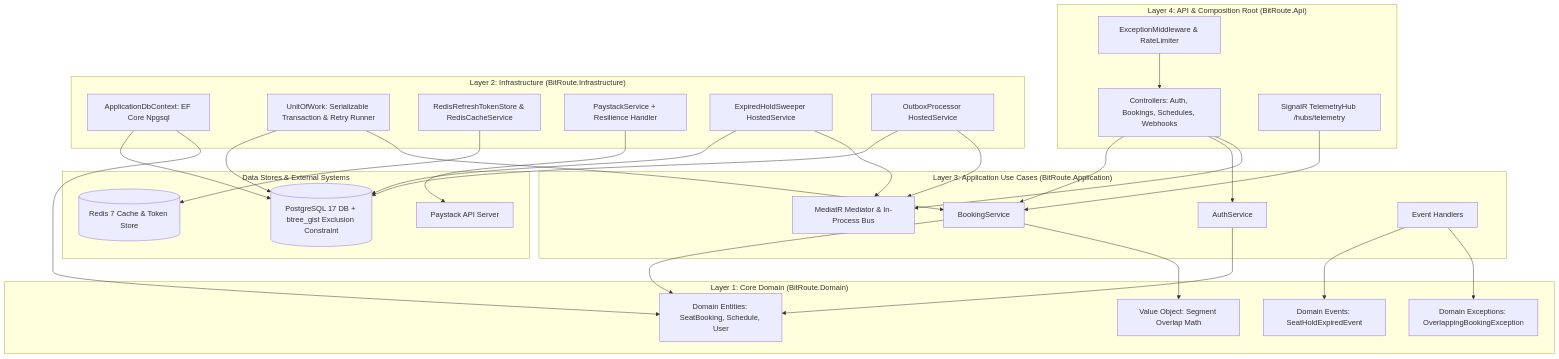
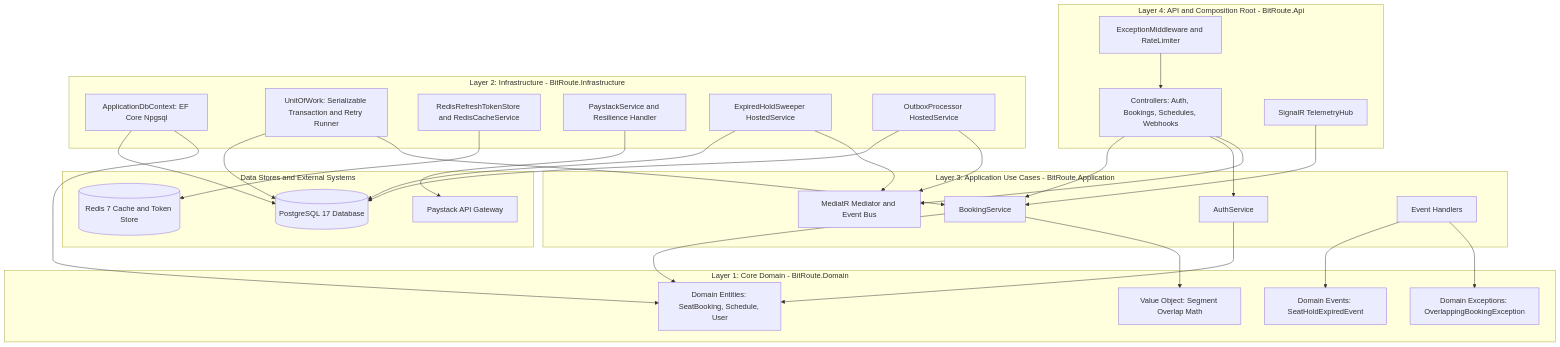
One commit to oluwadamme/BitRoute changed the first of 7 diagrams in docs/07-backend-architecture-and-clean-design-patterns.md. Above: the diagram before and after it, drawn with Mermaid. The commit also changed 1 other file, not shown here.

Commit message:
fix(docs): clean up Mermaid flowchart syntax across all docs for universal renderer compatibility

````diff
--- a/docs/07-backend-architecture-and-clean-design-patterns.md
+++ b/docs/07-backend-architecture-and-clean-design-patterns.md
@@ -25,61 +25,61 @@
 ```mermaid
 flowchart TD
-    subgraph Layer4["Layer 4: API & Composition Root (BitRoute.Api)"]
-        CTRL["Controllers: Auth, Bookings, Schedules, Webhooks"]
-        HUB["SignalR TelemetryHub /hubs/telemetry"]
-        MID["ExceptionMiddleware & RateLimiter"]
+    subgraph ApiLayer[Layer 4: API and Composition Root - BitRoute.Api]
+        CTRL[Controllers: Auth, Bookings, Schedules, Webhooks]
+        HUB[SignalR TelemetryHub]
+        MID[ExceptionMiddleware and RateLimiter]
     end
 
-    subgraph Layer3["Layer 3: Application Use Cases (BitRoute.Application)"]
-        MED["MediatR Mediator & In-Process Bus"]
-        BS["BookingService"]
-        AS["AuthService"]
-        HANDLERS["Event Handlers"]
+    subgraph AppLayer[Layer 3: Application Use Cases - BitRoute.Application]
+        MED[MediatR Mediator and Event Bus]
+        BS[BookingService]
+        AS[AuthService]
+        HANDLERS[Event Handlers]
     end
 
-    subgraph Layer1["Layer 1: Core Domain (BitRoute.Domain)"]
-        ENTITIES["Domain Entities: SeatBooking, Schedule, User"]
-        VO["Value Object: Segment Overlap Math"]
-        EVENTS["Domain Events: SeatHoldExpiredEvent"]
-        EXCEPTIONS["Domain Exceptions: OverlappingBookingException"]
+    subgraph DomainLayer[Layer 1: Core Domain - BitRoute.Domain]
+        ENTITIES[Domain Entities: SeatBooking, Schedule, User]
+        VO[Value Object: Segment Overlap Math]
+        EVENTS[Domain Events: SeatHoldExpiredEvent]
+        EXCEPTIONS[Domain Exceptions: OverlappingBookingException]
     end
 
-    subgraph Layer2["Layer 2: Infrastructure (BitRoute.Infrastructure)"]
-        EF["ApplicationDbContext: EF Core Npgsql"]
-        UOW["UnitOfWork: Serializable Transaction & Retry Runner"]
-        REDIS_STORE["RedisRefreshTokenStore & RedisCacheService"]
-        PAYSTACK_SRV["PaystackService + Resilience Handler"]
-        WORKER1["ExpiredHoldSweeper HostedService"]
-        WORKER2["OutboxProcessor HostedService"]
+    subgraph InfraLayer[Layer 2: Infrastructure - BitRoute.Infrastructure]
+        EF[ApplicationDbContext: EF Core Npgsql]
+        UOW[UnitOfWork: Serializable Transaction and Retry Runner]
+        REDIS_STORE[RedisRefreshTokenStore and RedisCacheService]
+        PAYSTACK_SRV[PaystackService and Resilience Handler]
+        WORKER1[ExpiredHoldSweeper HostedService]
+        WORKER2[OutboxProcessor HostedService]
     end
 
-    subgraph External["Data Stores & External Systems"]
-        PG[("PostgreSQL 17 DB + btree_gist Exclusion Constraint")]
-        REDIS[("Redis 7 Cache & Token Store")]
-        GATEWAY["Paystack API Server"]
+    subgraph External[Data Stores and External Systems]
+        PG[(PostgreSQL 17 Database)]
+        REDIS[(Redis 7 Cache and Token Store)]
+        GATEWAY[Paystack API Gateway]
     end
 
     CTRL --> BS
     CTRL --> AS
     CTRL --> MED
     HUB --> BS
     MID --> CTRL
 
     BS --> ENTITIES
     BS --> VO
     AS --> ENTITIES
     HANDLERS --> EVENTS
     HANDLERS --> EXCEPTIONS
 
     EF --> PG
     UOW --> PG
     WORKER1 --> PG
     WORKER2 --> PG
 
     EF --> ENTITIES
     UOW --> BS
     REDIS_STORE --> REDIS
     PAYSTACK_SRV --> GATEWAY
     WORKER1 --> MED
     WORKER2 --> MED
 ```
````
